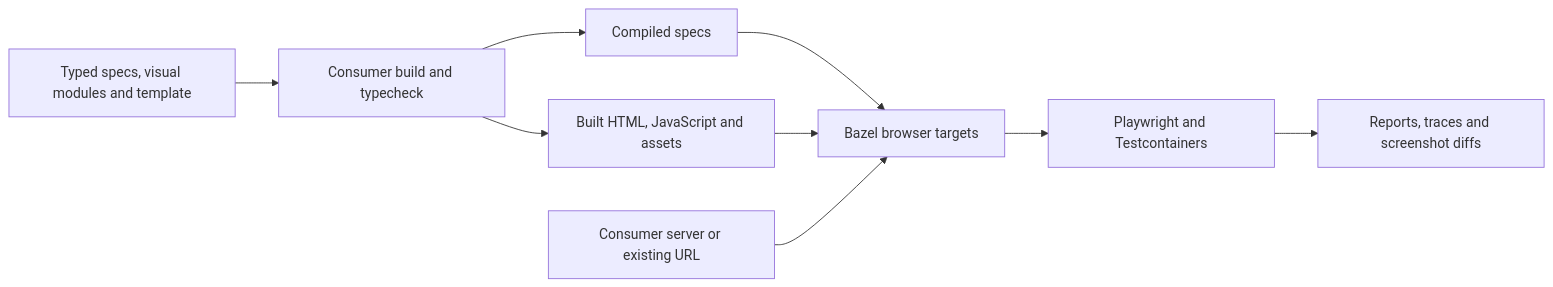
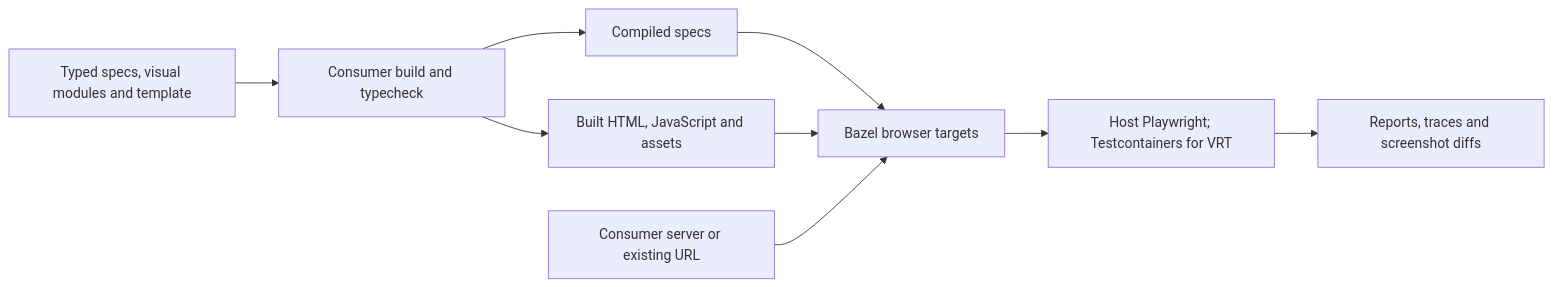
Before and after one commit to perplexityai/rules_web_e2e: the diagram in docs/getting-started.md, drawn with Mermaid. The commit also changed other lines of this file and 24 other files, not shown here.

First line of the commit message:
feat: scope Testcontainers to visual regression tests (#21)

````diff
--- a/docs/getting-started.md
+++ b/docs/getting-started.md
@@ -7,11 +7,11 @@
 ```mermaid
 flowchart LR
   Sources[Typed specs, visual modules and template] --> Build[Consumer build and typecheck]
   Build --> Specs[Compiled specs]
   Build --> Shell[Built HTML, JavaScript and assets]
   Specs --> Tests[Bazel browser targets]
   Shell --> Tests
   Server[Consumer server or existing URL] --> Tests
-  Tests --> Browser[Playwright and Testcontainers]
+  Tests --> Browser[Host Playwright; Testcontainers for VRT]
   Browser --> Results[Reports, traces and screenshot diffs]
 ```
````
